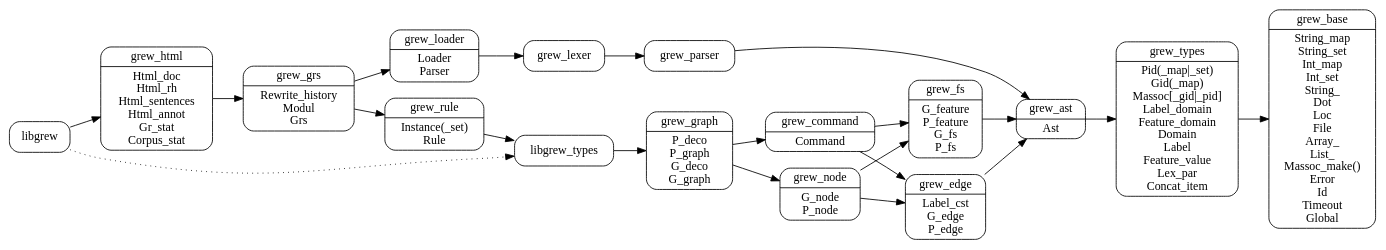
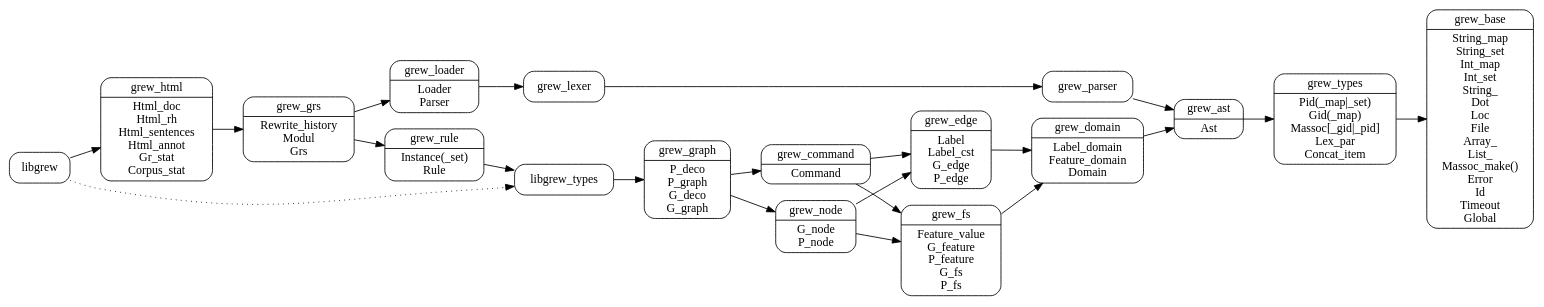
The diagram in dev/arch.dot (grew-nlp/grewlib), drawn with Graphviz before and after one commit. The commit also changed 22 other files, not shown here.

Commit message:
reorganisation of code (new file grew_domain)

```diff
--- a/dev/arch.dot
+++ b/dev/arch.dot
@@ -1,34 +1,35 @@
 digraph grew {
   node [shape=Mrecord];
   rankdir = LR;
   grew_base [label="grew_base|String_map\nString_set\nInt_map\nInt_set\nString_\nDot\nLoc\nFile\nArray_\nList_\nMassoc_make()\nError\nId\nTimeout\nGlobal"]
-  grew_types [label="grew_types|Pid(_map\|_set)\nGid(_map)\nMassoc[_gid\|_pid]\nLabel_domain\nFeature_domain\nDomain\nLabel\nFeature_value\nLex_par\nConcat_item"]
+  grew_types [label="grew_types|Pid(_map\|_set)\nGid(_map)\nMassoc[_gid\|_pid]\nLex_par\nConcat_item"]
   grew_ast [label="grew_ast|Ast"]
+  grew_domain [label="grew_domain|Label_domain\nFeature_domain\nDomain"]
   grew_loader [label="grew_loader|Loader\nParser"]
-  grew_fs [label="grew_fs|G_feature\nP_feature\nG_fs\nP_fs"]
-  grew_edge [label="grew_edge|Label_cst\nG_edge\nP_edge"]
+  grew_fs [label="grew_fs|Feature_value\nG_feature\nP_feature\nG_fs\nP_fs"]
+  grew_edge [label="grew_edge|Label\nLabel_cst\nG_edge\nP_edge"]
   grew_node [label="grew_node|G_node\nP_node"]
   grew_command [label="grew_command|Command"]
   grew_graph [label="grew_graph|P_deco\nP_graph\nG_deco\nG_graph"]
   grew_rule [label="grew_rule|Instance(_set)\nRule"]
   grew_grs [label="grew_grs|Rewrite_history\nModul\nGrs"]
   grew_html [label="grew_html|Html_doc\nHtml_rh\nHtml_sentences\nHtml_annot\nGr_stat\nCorpus_stat"]
 
-grew_ast -> grew_types -> grew_base
-grew_edge -> grew_ast
-grew_fs -> grew_ast
+grew_domain -> grew_ast -> grew_types -> grew_base
+grew_edge -> grew_domain
+grew_fs -> grew_domain
 grew_command -> grew_edge
 grew_command -> grew_fs
 grew_node -> grew_edge
 grew_node -> grew_fs
 grew_graph -> grew_node
 grew_graph -> grew_command
 libgrew_types -> grew_graph
 grew_rule -> libgrew_types
 grew_grs -> grew_rule
 grew_grs -> grew_loader -> grew_lexer -> grew_parser -> grew_ast
 grew_html -> grew_grs
 libgrew -> grew_html
 
 libgrew -> libgrew_types [style=dotted]
 }
```
